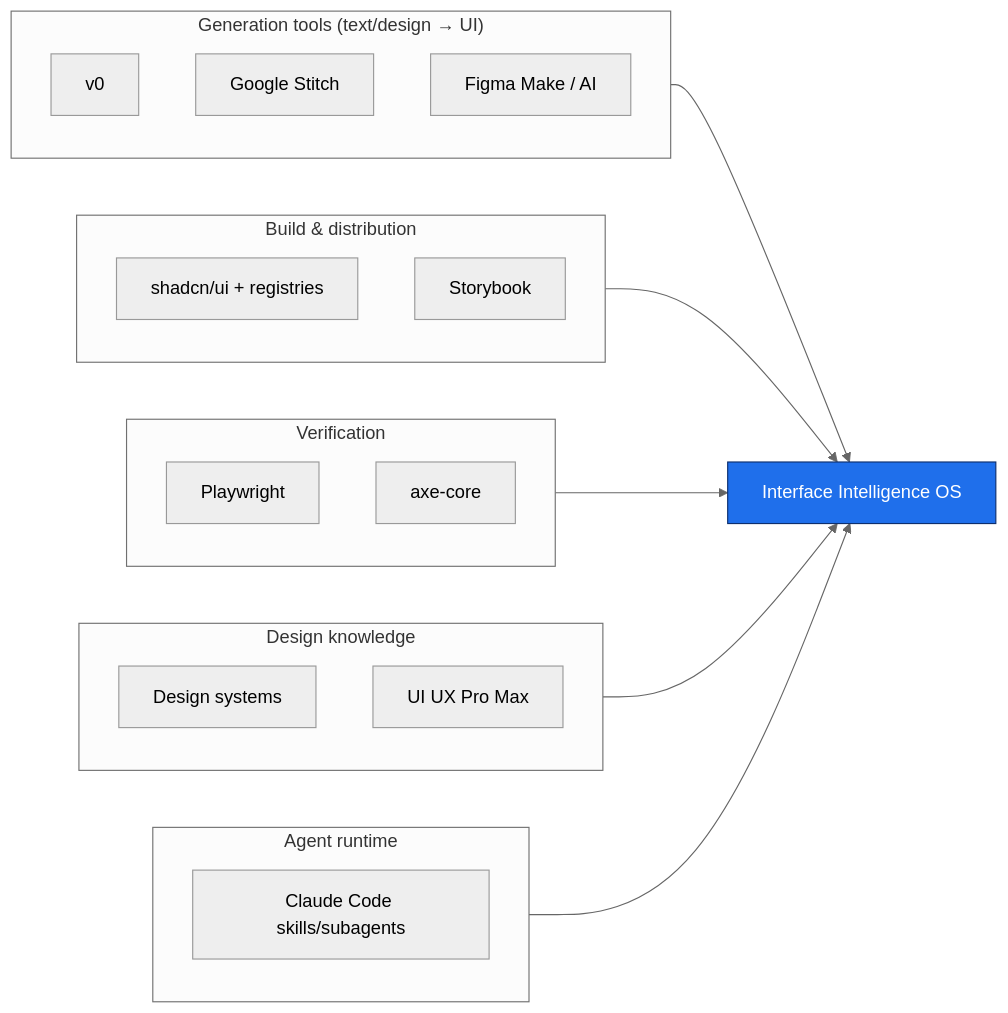
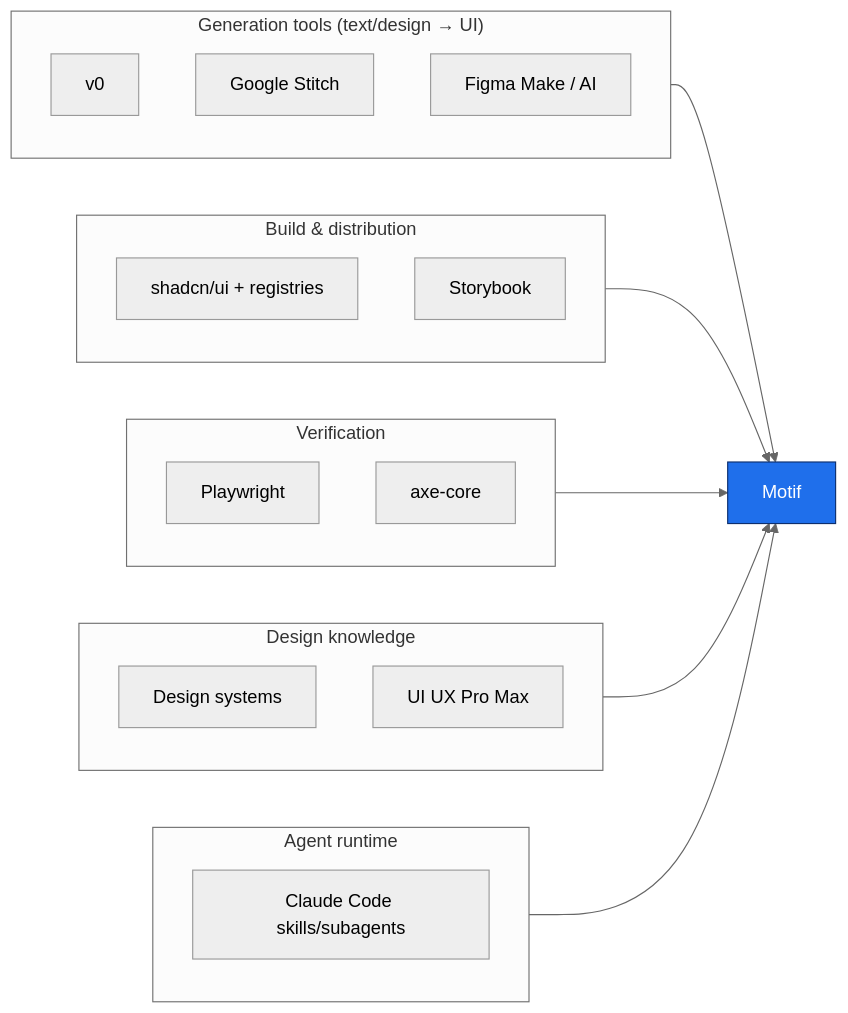
The diagram in docs/research/competitive-analysis.md (Suraj787/motif), drawn with Mermaid (neutral theme) before and after one commit. The commit also changed other lines of this file and 54 other files, not shown here.

````diff
--- a/docs/research/competitive-analysis.md
+++ b/docs/research/competitive-analysis.md
@@ -16,30 +16,30 @@
 ```mermaid
 flowchart LR
   subgraph Generate["Generation tools (text/design → UI)"]
     v0[v0]
     stitch[Google Stitch]
     figma[Figma Make / AI]
   end
   subgraph Build["Build & distribution"]
     shadcn[shadcn/ui + registries]
     sb[Storybook]
   end
   subgraph Verify["Verification"]
     pw[Playwright]
     axe[axe-core]
   end
   subgraph Knowledge["Design knowledge"]
     ds[Design systems]
     uipro[UI UX Pro Max]
   end
   subgraph Runtime["Agent runtime"]
     cc[Claude Code skills/subagents]
   end
-  IIOS[Interface Intelligence OS]:::ii
-  Generate --> IIOS
-  Build --> IIOS
-  Verify --> IIOS
-  Knowledge --> IIOS
-  Runtime --> IIOS
+  Motif[Motif]:::ii
+  Generate --> Motif
+  Build --> Motif
+  Verify --> Motif
+  Knowledge --> Motif
+  Runtime --> Motif
   classDef ii fill:#1f6feb,color:#fff,stroke:#0d2f6e;
 ```
````
